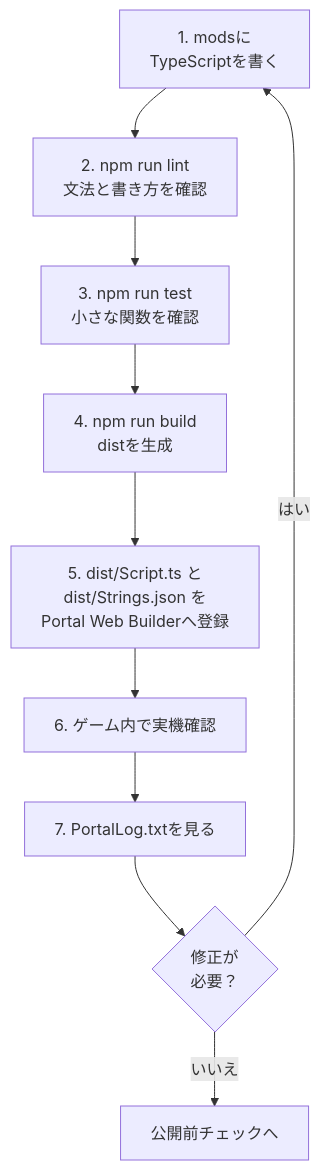
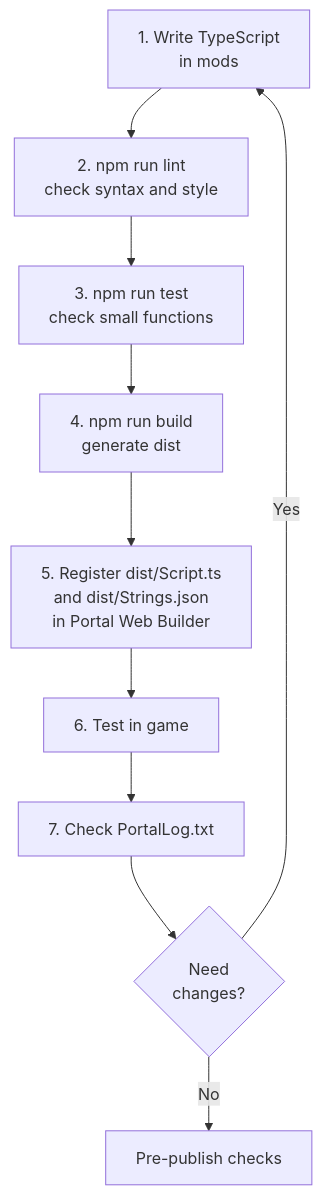
Before and after one commit to link1345/bf-portal-book: the diagram in content/locales/en/chapters/6b-development.md, drawn with Mermaid. The commit also changed other lines of this file and 2 other files, not shown here.

````diff
--- a/content/locales/en/chapters/6b-development.md
+++ b/content/locales/en/chapters/6b-development.md
@@ -107,15 +107,15 @@
 ```mermaid
 flowchart TD
-  mods["1. modsに<br/>TypeScriptを書く"]
-  lint["2. npm run lint<br/>文法と書き方を確認"]
-  test["3. npm run test<br/>小さな関数を確認"]
-  build["4. npm run build<br/>distを生成"]
-  portal["5. dist/Script.ts と<br/>dist/Strings.json を<br/>Portal Web Builderへ登録"]
-  play["6. ゲーム内で実機確認"]
-  log["7. PortalLog.txtを見る"]
-  ok{"修正が<br/>必要？"}
+  mods["1. Write TypeScript<br/>in mods"]
+  lint["2. npm run lint<br/>check syntax and style"]
+  test["3. npm run test<br/>check small functions"]
+  build["4. npm run build<br/>generate dist"]
+  portal["5. Register dist/Script.ts<br/>and dist/Strings.json<br/>in Portal Web Builder"]
+  play["6. Test in game"]
+  log["7. Check PortalLog.txt"]
+  ok{"Need<br/>changes?"}
 
   mods --> lint --> test --> build --> portal --> play --> log --> ok
-  ok -- "はい" --> mods
-  ok -- "いいえ" --> done["公開前チェックへ"]
+  ok -- "Yes" --> mods
+  ok -- "No" --> done["Pre-publish checks"]
 ```
````
